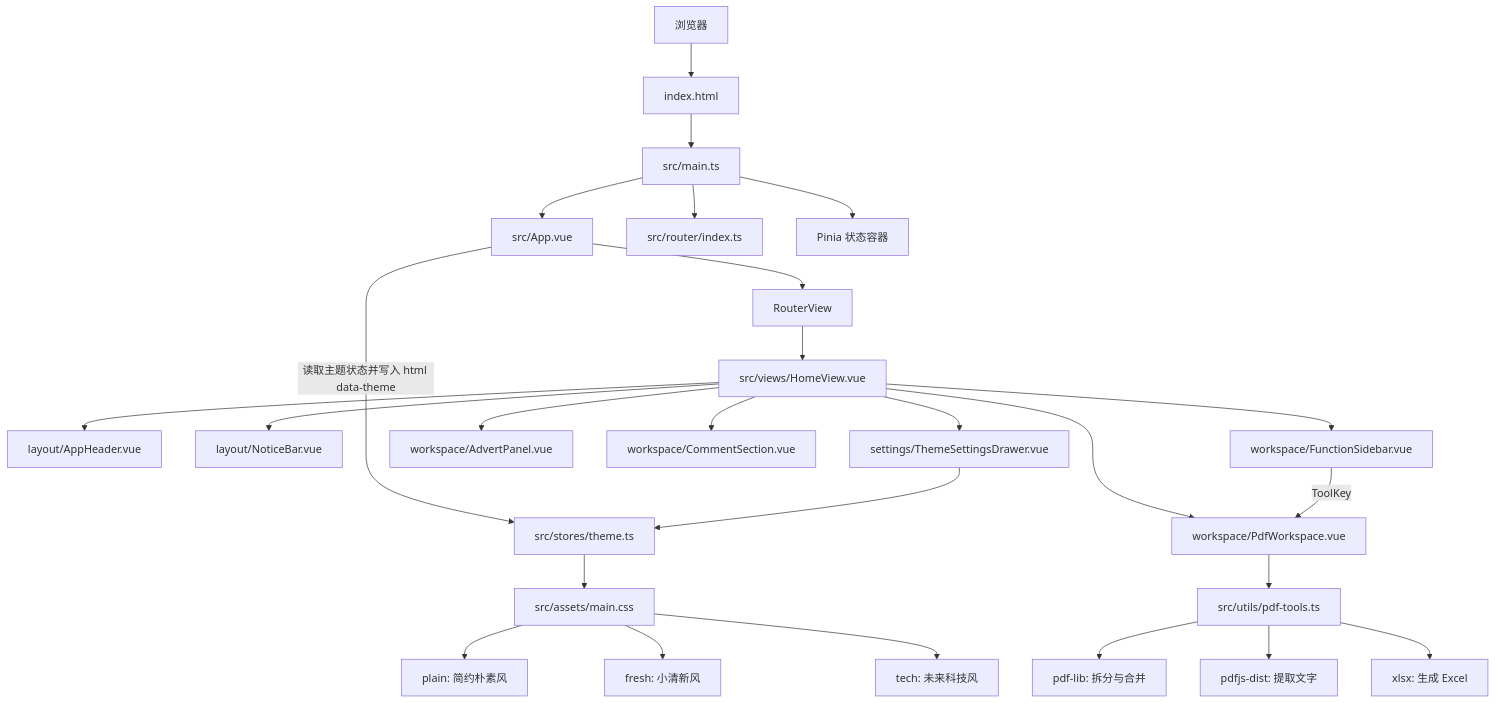
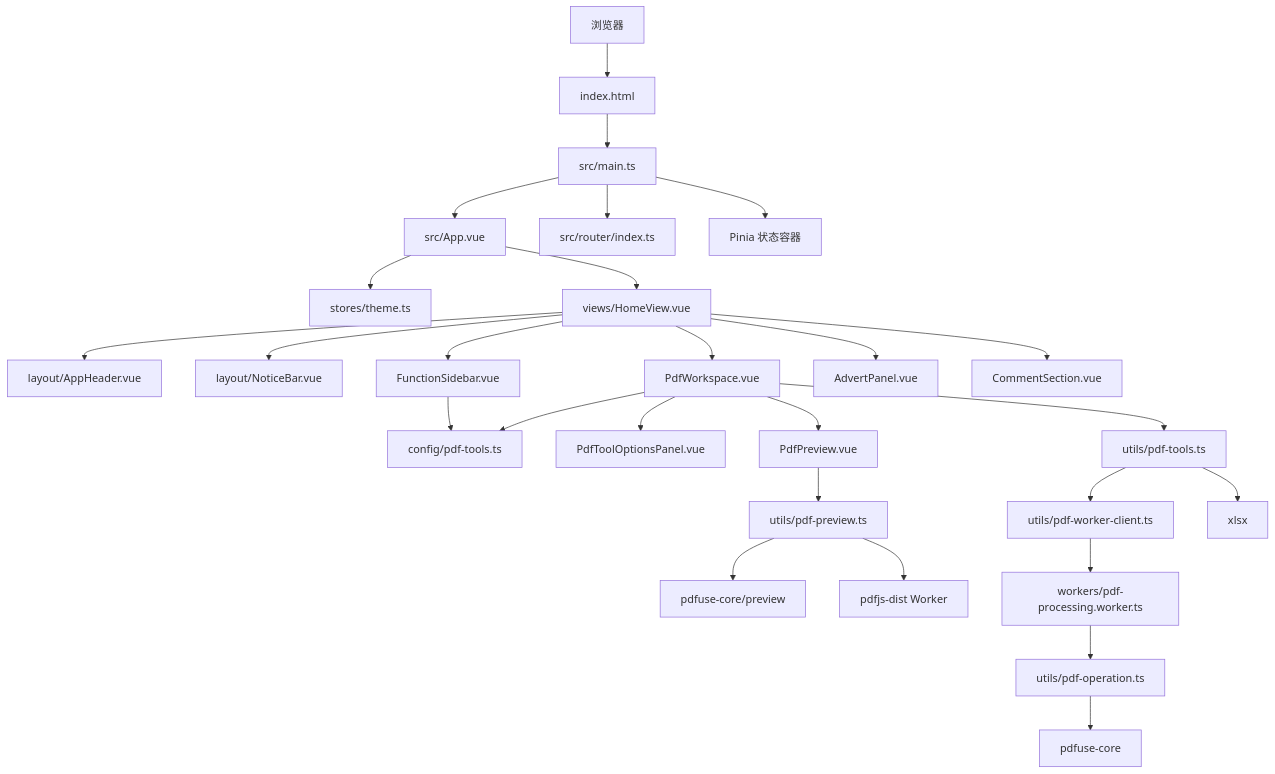
Before and after one commit to shushudaibi/BaiMeow: the diagram in docs/PROJECT_STRUCTURE.md, drawn with Mermaid. The commit also changed other lines of this file and 207 other files, not shown here.

````diff
--- a/docs/PROJECT_STRUCTURE.md
+++ b/docs/PROJECT_STRUCTURE.md
@@ -5,33 +5,35 @@
 ```mermaid
 flowchart TB
   Browser[浏览器] --> Index[index.html]
   Index --> Main[src/main.ts]
   Main --> App[src/App.vue]
   Main --> Router[src/router/index.ts]
   Main --> Pinia[Pinia 状态容器]
 
-  App -->|读取主题状态并写入 html data-theme| ThemeStore[src/stores/theme.ts]
-  App --> RouterView[RouterView]
-  RouterView --> Home[src/views/HomeView.vue]
+  App --> ThemeStore[stores/theme.ts]
+  App --> Home[views/HomeView.vue]
 
-  Home --> AppHeader[layout/AppHeader.vue]
-  Home --> NoticeBar[layout/NoticeBar.vue]
-  Home --> Sidebar[workspace/FunctionSidebar.vue]
-  Home --> Workspace[workspace/PdfWorkspace.vue]
-  Home --> Advert[workspace/AdvertPanel.vue]
-  Home --> Comments[workspace/CommentSection.vue]
-  Home --> Settings[settings/ThemeSettingsDrawer.vue]
+  Home --> Header[layout/AppHeader.vue]
+  Home --> Notice[layout/NoticeBar.vue]
+  Home --> Sidebar[FunctionSidebar.vue]
+  Home --> Workspace[PdfWorkspace.vue]
+  Home --> Advert[AdvertPanel.vue]
+  Home --> Comments[CommentSection.vue]
 
-  Sidebar -->|ToolKey| Workspace
-  Settings --> ThemeStore
+  Sidebar --> ToolConfig[config/pdf-tools.ts]
+  Workspace --> ToolConfig
+  Workspace --> OptionsPanel[PdfToolOptionsPanel.vue]
+  Workspace --> Preview[PdfPreview.vue]
 
-  Workspace --> PdfTools[src/utils/pdf-tools.ts]
-  PdfTools --> PdfLib[pdf-lib: 拆分与合并]
-  PdfTools --> PdfJs[pdfjs-dist: 提取文字]
-  PdfTools --> Xlsx[xlsx: 生成 Excel]
+  Workspace --> PdfTools[utils/pdf-tools.ts]
+  PdfTools --> WorkerClient[utils/pdf-worker-client.ts]
+  WorkerClient --> PdfWorker[workers/pdf-processing.worker.ts]
+  PdfWorker --> PdfOperation[utils/pdf-operation.ts]
+  PdfOperation --> PdfUseCore[pdfuse-core]
 
-  ThemeStore --> GlobalCss[src/assets/main.css]
-  GlobalCss --> ThemePlain[plain: 简约朴素风]
-  GlobalCss --> ThemeFresh[fresh: 小清新风]
-  GlobalCss --> ThemeTech[tech: 未来科技风]
+  Preview --> PdfPreviewUtils[utils/pdf-preview.ts]
+  PdfPreviewUtils --> PdfUsePreview[pdfuse-core/preview]
+  PdfPreviewUtils --> PDFJsWorker[pdfjs-dist Worker]
+
+  PdfTools --> Xlsx[xlsx]
 ```
````
